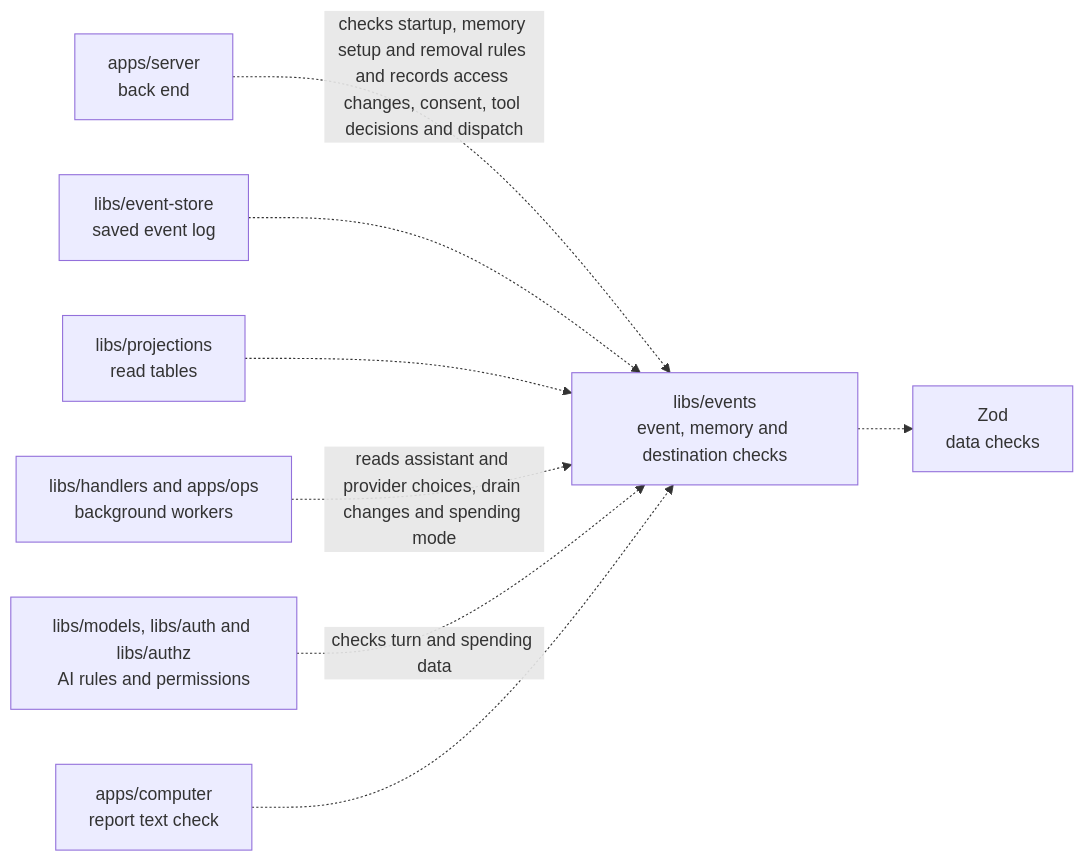
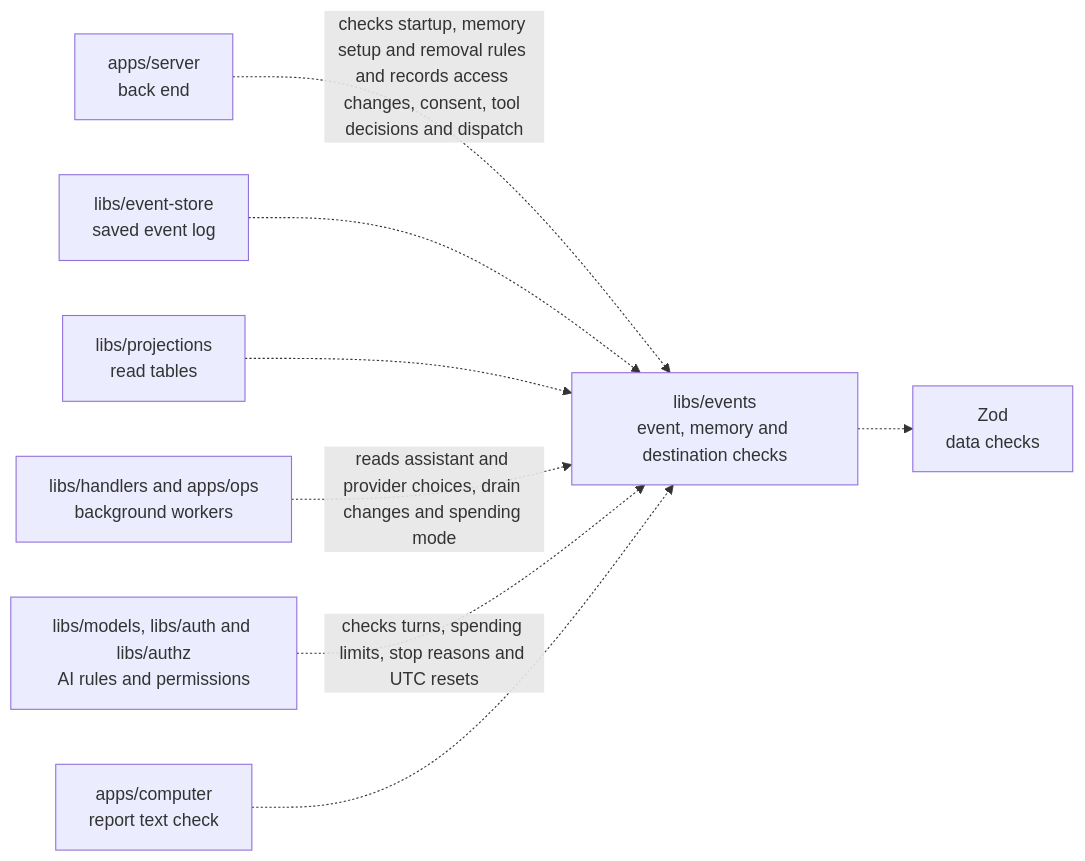
Before and after one commit to elewa-git/opencrane-new: the diagram in libs/events/README.md, drawn with Mermaid. The commit also changed other lines of this file and 15 other files, not shown here.

````diff
--- a/libs/events/README.md
+++ b/libs/events/README.md
@@ -23,10 +23,10 @@
 ```mermaid
 flowchart LR
   server["apps/server<br/>back end"] -.->|checks startup, memory setup and removal rules and records access changes, consent, tool decisions and dispatch| events["libs/events<br/>event, memory and destination checks"]
   store["libs/event-store<br/>saved event log"] -.-> events
   projections["libs/projections<br/>read tables"] -.-> events
   workers["libs/handlers and apps/ops<br/>background workers"] -.->|reads assistant and provider choices, drain changes and spending mode| events
-  others["libs/models, libs/auth and libs/authz<br/>AI rules and permissions"] -.->|checks turn and spending data| events
+  others["libs/models, libs/auth and libs/authz<br/>AI rules and permissions"] -.->|checks turns, spending limits, stop reasons and UTC resets| events
   computer["apps/computer<br/>report text check"] -.-> events
   events -.-> zod["Zod<br/>data checks"]
 ```
````
